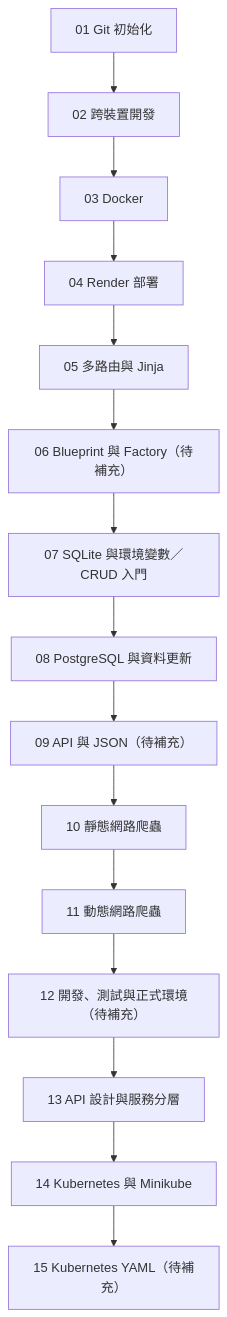
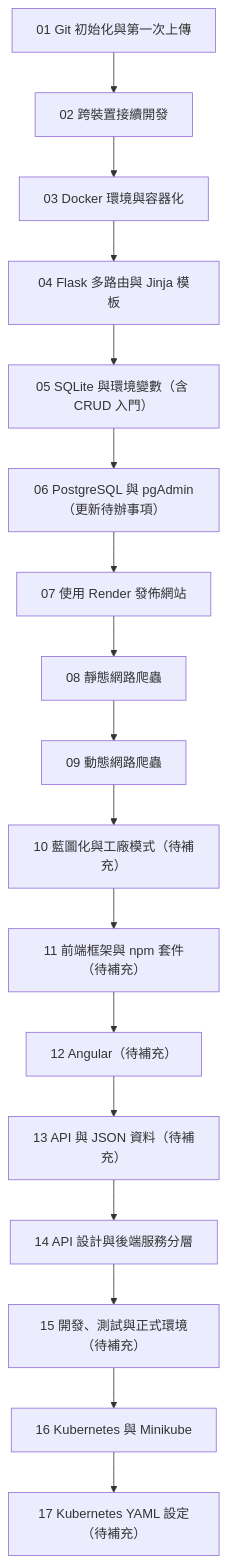
The diagram in Readme.md (Jerry-ya-ya/Teaching-Assistant), drawn with Mermaid before and after one commit. The commit also changed other lines of this file and 42 other files, not shown here.

````diff
--- a/Readme.md
+++ b/Readme.md
@@ -21,17 +23,20 @@
 ```mermaid
 flowchart TD
-    A["01 Git 初始化"] --> B["02 跨裝置開發"]
-    B --> C["03 Docker"]
-    C --> D["04 Render 部署"]
-    D --> E["05 多路由與 Jinja"]
-    E --> F["06 Blueprint 與 Factory（待補充）"]
-    F --> G["07 SQLite 與環境變數／CRUD 入門"]
-    G --> H["08 PostgreSQL 與資料更新"]
-    H --> I["09 API 與 JSON（待補充）"]
-    I --> J["10 靜態網路爬蟲"]
-    J --> K["11 動態網路爬蟲"]
-    K --> L["12 開發、測試與正式環境（待補充）"]
-    L --> M["13 API 設計與服務分層"]
-    M --> N["14 Kubernetes 與 Minikube"]
-    N --> O["15 Kubernetes YAML（待補充）"]
+    A["01 Git 初始化與第一次上傳"]
+    A --> B["02 跨裝置接續開發"]
+    B --> C["03 Docker 環境與容器化"]
+    C --> D["04 Flask 多路由與 Jinja 模板"]
+    D --> E["05 SQLite 與環境變數（含 CRUD 入門）"]
+    E --> F["06 PostgreSQL 與 pgAdmin（更新待辦事項）"]
+    F --> G["07 使用 Render 發佈網站"]
+    G --> H["08 靜態網路爬蟲"]
+    H --> I["09 動態網路爬蟲"]
+    I --> J["10 藍圖化與工廠模式（待補充）"]
+    J --> K["11 前端框架與 npm 套件（待補充）"]
+    K --> L["12 Angular（待補充）"]
+    L --> M["13 API 與 JSON 資料（待補充）"]
+    M --> N["14 API 設計與後端服務分層"]
+    N --> O["15 開發、測試與正式環境（待補充）"]
+    O --> P["16 Kubernetes 與 Minikube"]
+    P --> Q["17 Kubernetes YAML 設定（待補充）"]
 ```
````
